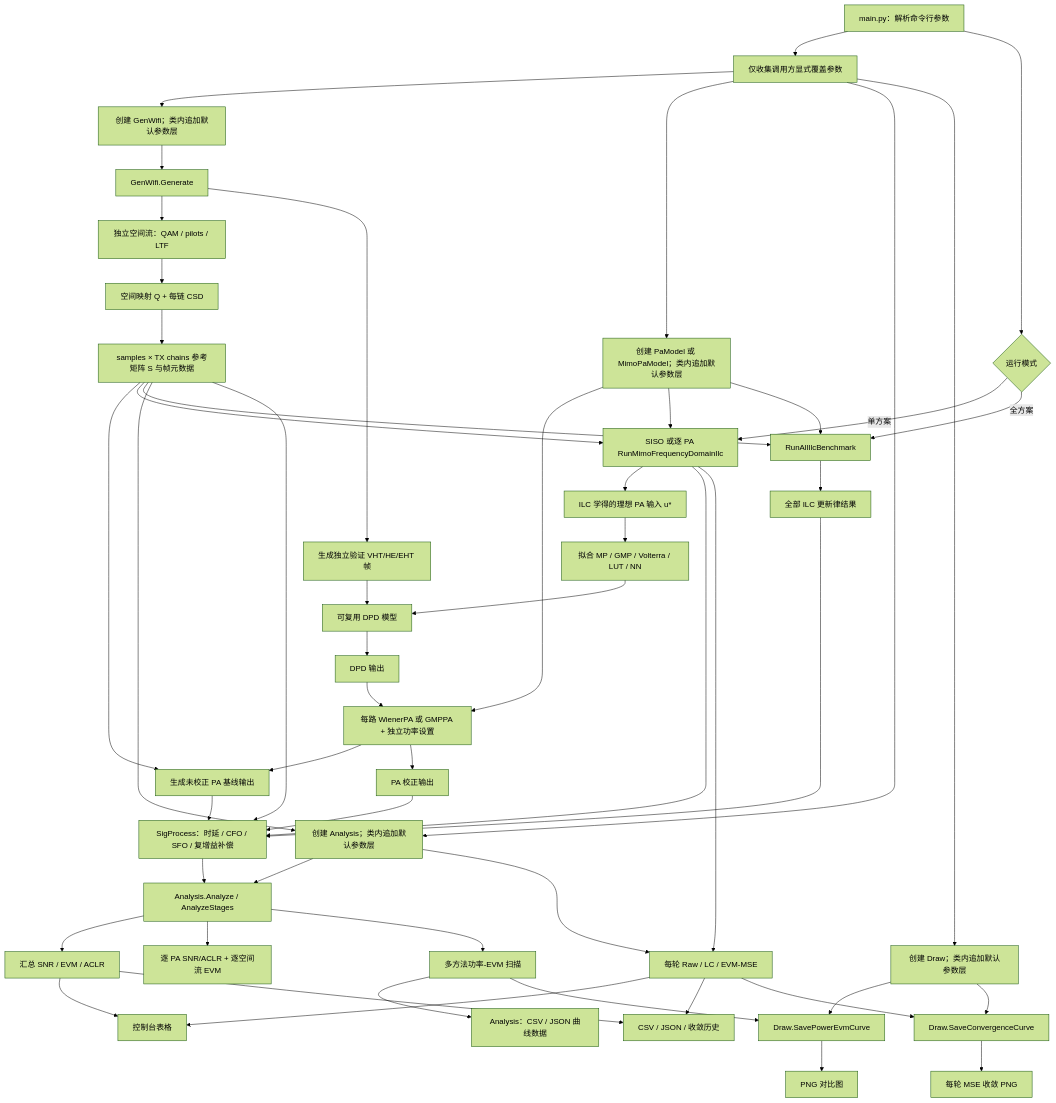
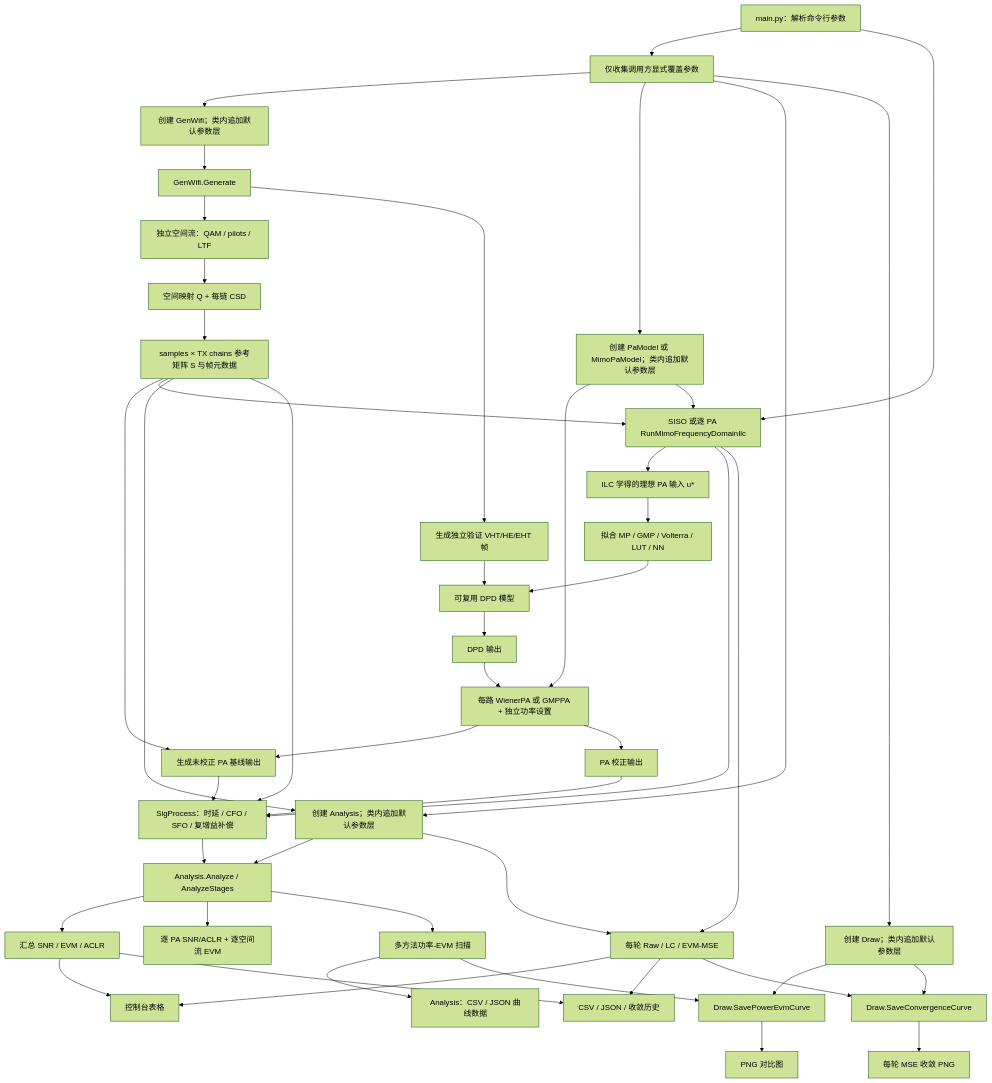
Before and after one commit to niyilu45/DPD_ILC: the first of 9 diagrams in README.md, drawn with Mermaid (forest theme). The commit also changed other lines of this file and 15 other files, not shown here.

````diff
--- a/README.md
+++ b/README.md
@@ -40,60 +42,54 @@
 ```mermaid
 flowchart TD
     start["main.py：解析命令行参数"] --> overrideMap["仅收集调用方显式覆盖参数"]
     overrideMap --> wifiGenerator["创建 GenWifi；类内追加默认参数层"]
     wifiGenerator --> waveGen["GenWifi.Generate"]
     waveGen --> streams["独立空间流：QAM / pilots / LTF"]
     streams --> spatialMap["空间映射 Q + 每链 CSD"]
     spatialMap --> reference["samples × TX chains 参考矩阵 S 与帧元数据"]
 
     overrideMap --> paModel["创建 PaModel 或 MimoPaModel；类内追加默认参数层"]
     paModel --> paImplementation["每路 WienerPA 或 GMPPA + 独立功率设置"]
     reference --> baseline["生成未校正 PA 基线输出"]
     paImplementation --> baseline
 
-    start --> mode{"运行模式"}
-    mode -->|单方案| frequencyIlc["SISO 或逐 PA RunMimoFrequencyDomainIlc"]
-    mode -->|全方案| benchmark["RunAllIlcBenchmark"]
+    start --> frequencyIlc["SISO 或逐 PA RunMimoFrequencyDomainIlc"]
     reference --> frequencyIlc
     paModel --> frequencyIlc
-    reference --> benchmark
-    paModel --> benchmark
 
     frequencyIlc --> learnedInput["ILC 学得的理想 PA 输入 u*"]
-    benchmark --> variantResults["全部 ILC 更新律结果"]
     learnedInput --> deployFit["拟合 MP / GMP / Volterra / LUT / NN"]
     deployFit --> deployedDpd["可复用 DPD 模型"]
 
     waveGen --> validation["生成独立验证 VHT/HE/EHT 帧"]
     validation --> deployedDpd
     deployedDpd --> predistortedInput["DPD 输出"]
     predistortedInput --> paImplementation
     paImplementation --> correctedOutput["PA 校正输出"]
 
     overrideMap --> analysis["创建 Analysis；类内追加默认参数层"]
     reference --> analysis
     reference --> signalProcess["SigProcess：时延 / CFO / SFO / 复增益补偿"]
     baseline --> signalProcess
     frequencyIlc --> signalProcess
-    variantResults --> signalProcess
     correctedOutput --> signalProcess
     signalProcess --> analysisMethod["Analysis.Analyze / AnalyzeStages"]
     analysis --> analysisMethod
     analysisMethod --> metrics["汇总 SNR / EVM / ACLR"]
     analysisMethod --> mimoMetrics["逐 PA SNR/ACLR + 逐空间流 EVM"]
     analysisMethod --> powerCurve["多方法功率-EVM 扫描"]
     metrics --> console["控制台表格"]
     metrics --> files["CSV / JSON / 收敛历史"]
     frequencyIlc --> iterationMse["每轮 Raw / LC / EVM-MSE"]
     analysis --> iterationMse
     iterationMse --> console
     iterationMse --> files
     powerCurve --> curveData["Analysis：CSV / JSON 曲线数据"]
     overrideMap --> draw["创建 Draw；类内追加默认参数层"]
     powerCurve --> drawMethod["Draw.SavePowerEvmCurve"]
     draw --> drawMethod
     drawMethod --> curveFigure["PNG 对比图"]
     iterationMse --> convergenceDraw["Draw.SaveConvergenceCurve"]
     draw --> convergenceDraw
     convergenceDraw --> convergenceFigure["每轮 MSE 收敛 PNG"]
 ```
````
